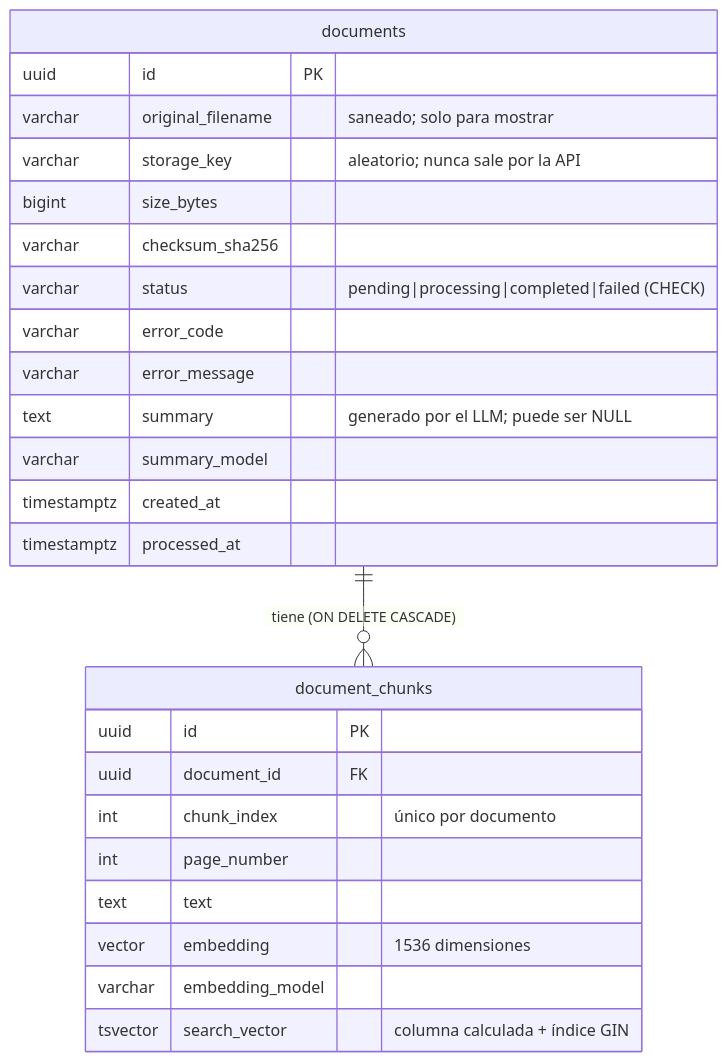
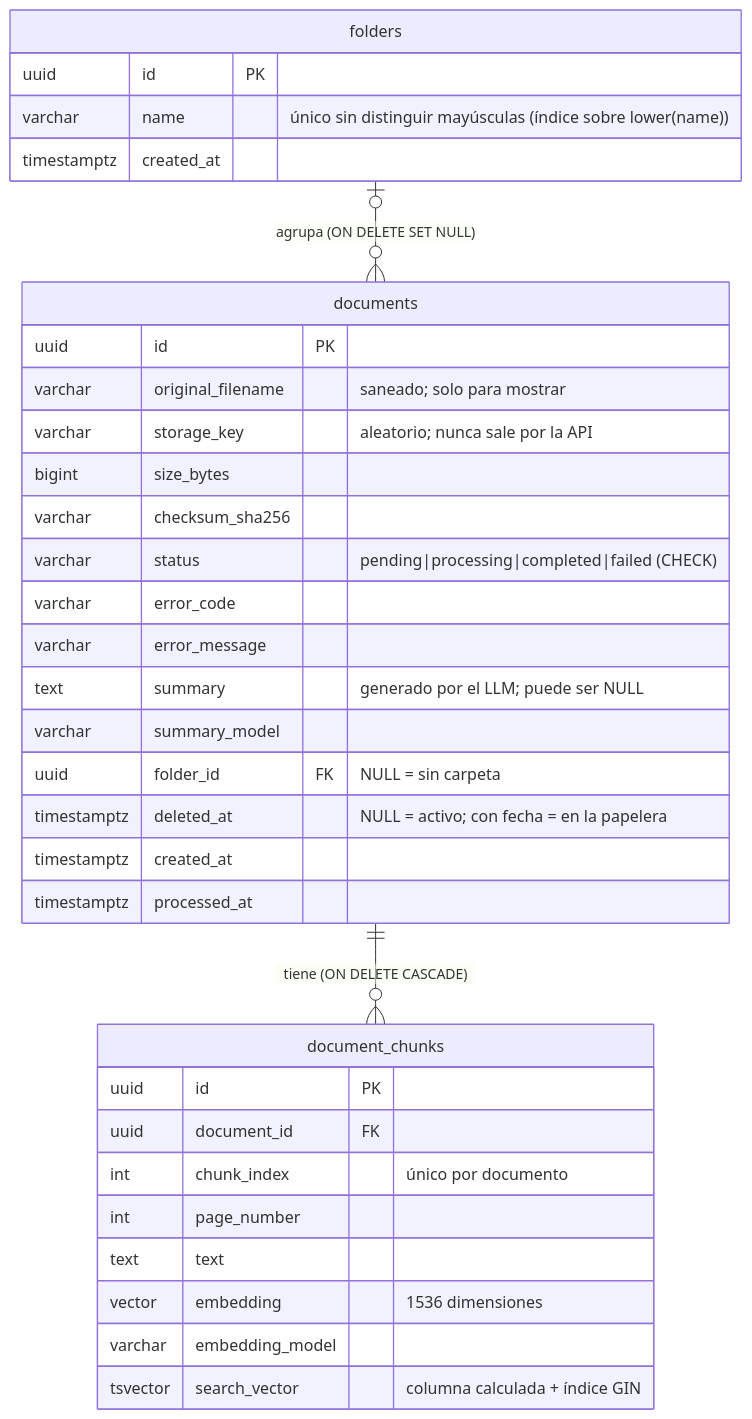
Before and after one commit to ivanqenk/rag: the fourth of 4 diagrams in docs/architecture.md, drawn with Mermaid. The commit also changed other lines of this file and 50 other files, not shown here.

````diff
--- a/docs/architecture.md
+++ b/docs/architecture.md
@@ -89,28 +89,36 @@
 ```mermaid
 erDiagram
+    folders |o--o{ documents : "agrupa (ON DELETE SET NULL)"
     documents ||--o{ document_chunks : "tiene (ON DELETE CASCADE)"
+    folders {
+        uuid id PK
+        varchar name "único sin distinguir mayúsculas (índice sobre lower(name))"
+        timestamptz created_at
+    }
     documents {
         uuid id PK
         varchar original_filename "saneado; solo para mostrar"
         varchar storage_key "aleatorio; nunca sale por la API"
         bigint size_bytes
         varchar checksum_sha256
         varchar status "pending|processing|completed|failed (CHECK)"
         varchar error_code
         varchar error_message
         text summary "generado por el LLM; puede ser NULL"
         varchar summary_model
+        uuid folder_id FK "NULL = sin carpeta"
+        timestamptz deleted_at "NULL = activo; con fecha = en la papelera"
         timestamptz created_at
         timestamptz processed_at
     }
     document_chunks {
         uuid id PK
         uuid document_id FK
         int chunk_index "único por documento"
         int page_number
         text text
         vector embedding "1536 dimensiones"
         varchar embedding_model
         tsvector search_vector "columna calculada + índice GIN"
     }
 ```
````
